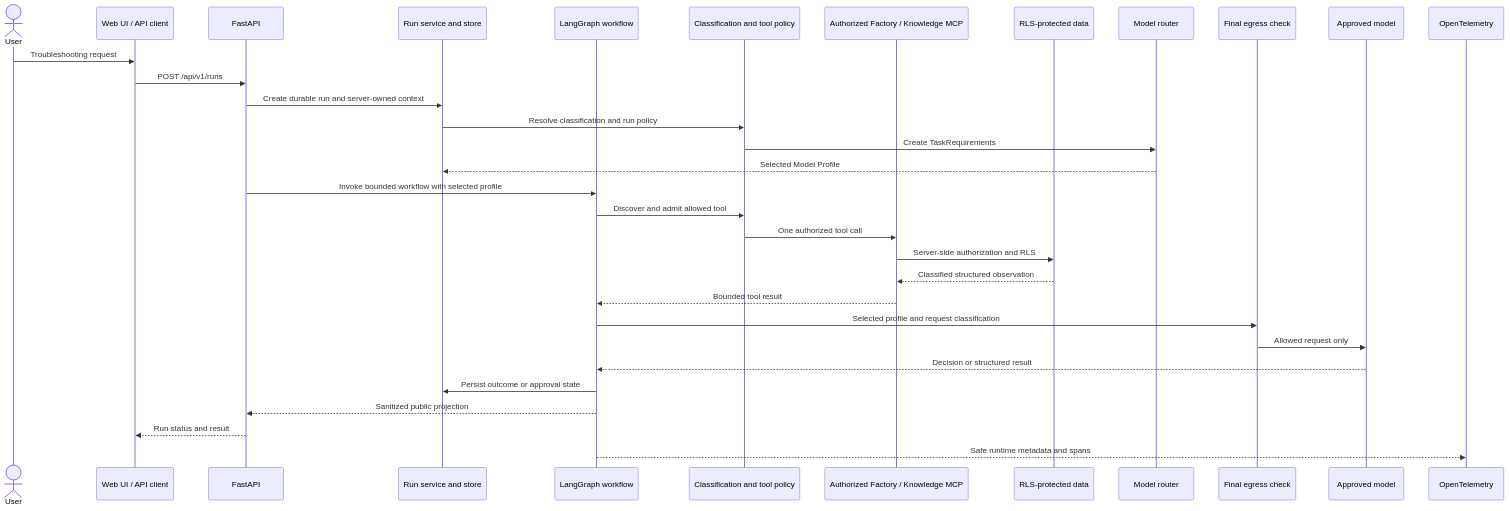
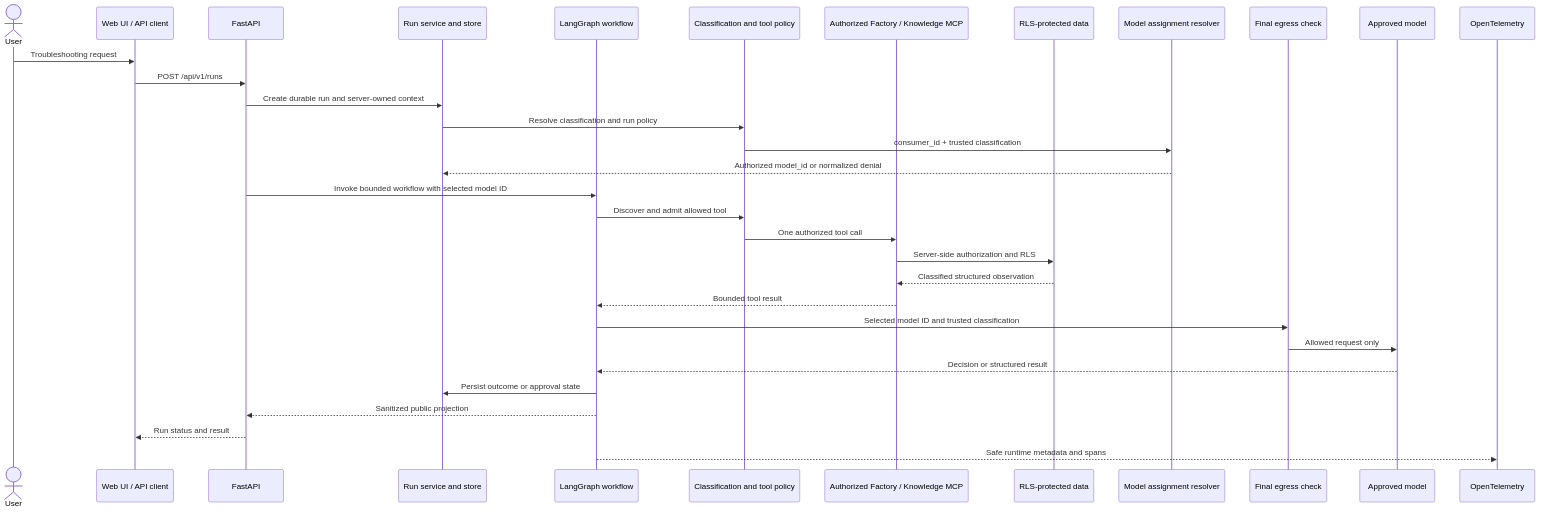
Before and after one commit to aboerzel/industrial-ai-agent: the fifth of 20 diagrams in docs/architecture/overview.md, drawn with Mermaid. The commit also changed other lines of this file and 68 other files, not shown here.

````diff
--- a/docs/architecture/overview.md
+++ b/docs/architecture/overview.md
@@ -341,35 +340,35 @@
 ```mermaid
 sequenceDiagram
     actor User
     participant UI as Web UI / API client
     participant API as FastAPI
     participant Run as Run service and store
     participant Agent as LangGraph workflow
     participant Policy as Classification and tool policy
     participant MCP as Authorized Factory / Knowledge MCP
     participant Data as RLS-protected data
-    participant Router as Model router
+    participant Resolver as Model assignment resolver
     participant Egress as Final egress check
     participant LLM as Approved model
     participant Telemetry as OpenTelemetry
 
     User->>UI: Troubleshooting request
     UI->>API: POST /api/v1/runs
     API->>Run: Create durable run and server-owned context
     Run->>Policy: Resolve classification and run policy
-    Policy->>Router: Create TaskRequirements
-    Router-->>Run: Selected Model Profile
-    API->>Agent: Invoke bounded workflow with selected profile
+    Policy->>Resolver: consumer_id + trusted classification
+    Resolver-->>Run: Authorized model_id or normalized denial
+    API->>Agent: Invoke bounded workflow with selected model ID
     Agent->>Policy: Discover and admit allowed tool
     Policy->>MCP: One authorized tool call
     MCP->>Data: Server-side authorization and RLS
     Data-->>MCP: Classified structured observation
     MCP-->>Agent: Bounded tool result
-    Agent->>Egress: Selected profile and request classification
+    Agent->>Egress: Selected model ID and trusted classification
     Egress->>LLM: Allowed request only
     LLM-->>Agent: Decision or structured result
     Agent->>Run: Persist outcome or approval state
     Agent-->>API: Sanitized public projection
     API-->>UI: Run status and result
     Agent-->>Telemetry: Safe runtime metadata and spans
 ```
````
